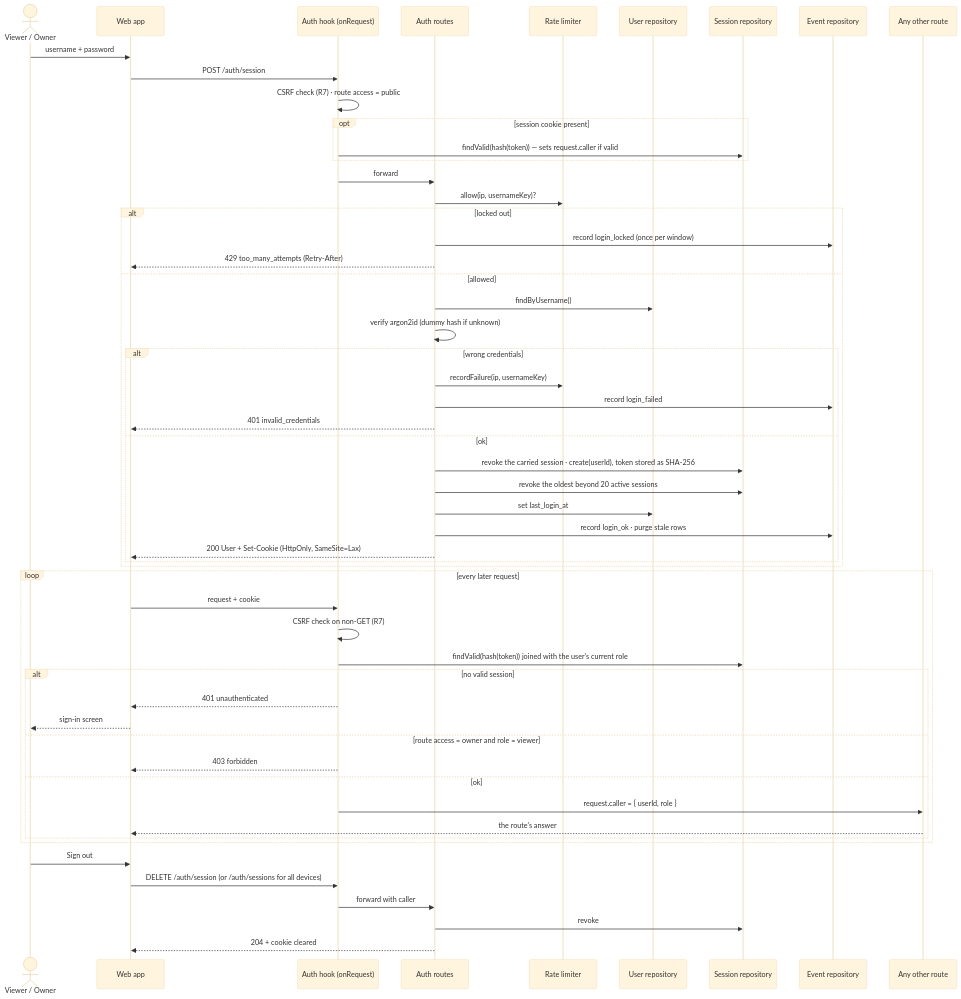
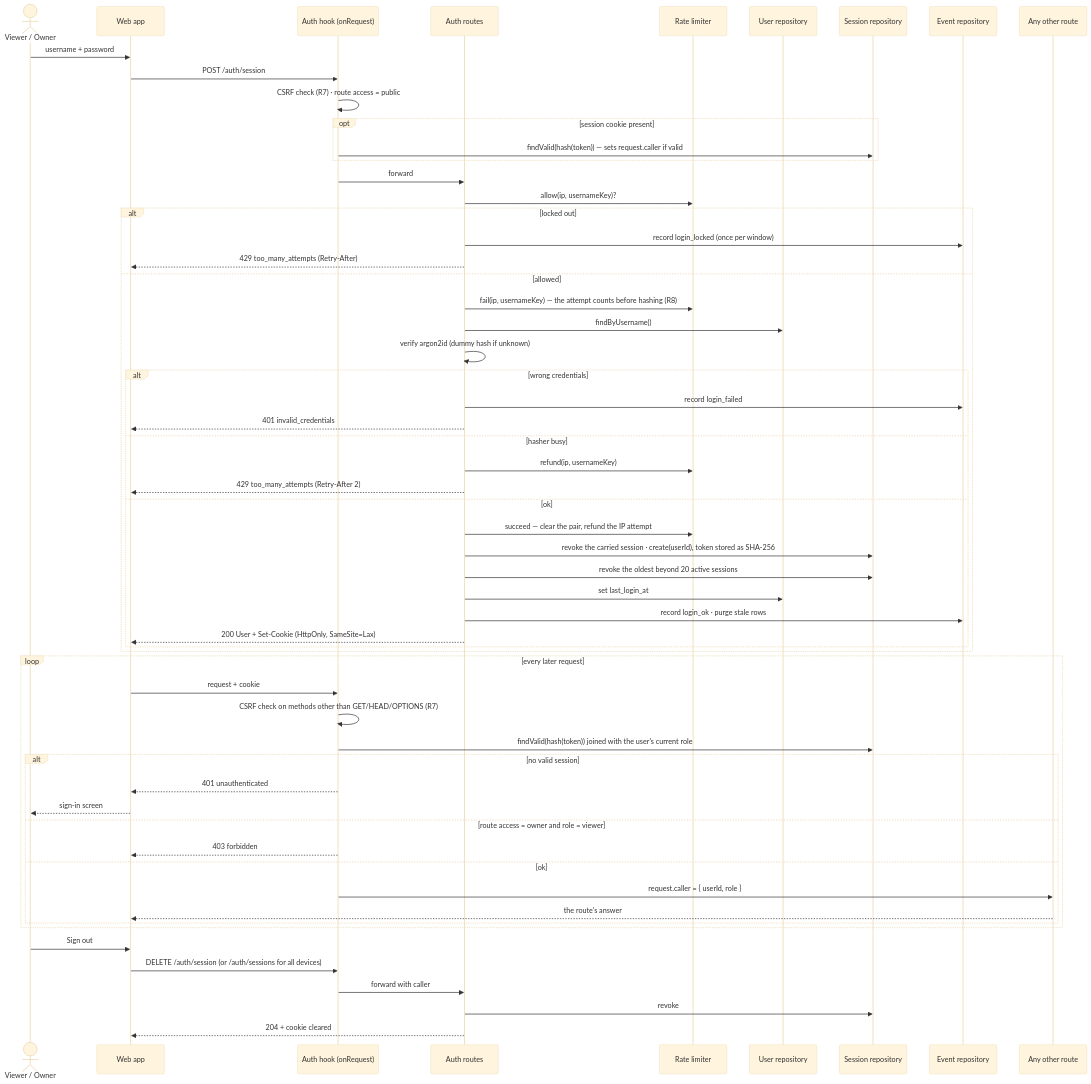
One commit to benoit-bremaud/popcorntv changed the diagram in docs/architecture/diagrams/auth/02-sequence-sign-in.md. Above: the diagram before and after it, drawn with Mermaid (base theme). The commit also changed 4 other files, not shown here.

First line of the commit message:
fix(auth): refund attempts the busy hasher never judged

````diff
--- a/docs/architecture/diagrams/auth/02-sequence-sign-in.md
+++ b/docs/architecture/diagrams/auth/02-sequence-sign-in.md
@@ -14,60 +14,64 @@
 ```mermaid
 sequenceDiagram
   actor U as Viewer / Owner
   participant W as Web app
   participant H as Auth hook (onRequest)
   participant API as Auth routes
   participant RL as Rate limiter
   participant UR as User repository
   participant SR as Session repository
   participant EL as Event repository
   participant R as Any other route
 
   U->>W: username + password
   W->>H: POST /auth/session
   H->>H: CSRF check (R7) · route access = public
   opt session cookie present
     H->>SR: findValid(hash(token)) — sets request.caller if valid
   end
   H->>API: forward
   API->>RL: allow(ip, usernameKey)?
   alt locked out
     API->>EL: record login_locked (once per window)
     API-->>W: 429 too_many_attempts (Retry-After)
   else allowed
+    API->>RL: fail(ip, usernameKey) — the attempt counts before hashing (R8)
     API->>UR: findByUsername()
     API->>API: verify argon2id (dummy hash if unknown)
     alt wrong credentials
-      API->>RL: recordFailure(ip, usernameKey)
       API->>EL: record login_failed
       API-->>W: 401 invalid_credentials
+    else hasher busy
+      API->>RL: refund(ip, usernameKey)
+      API-->>W: 429 too_many_attempts (Retry-After 2)
     else ok
+      API->>RL: succeed — clear the pair, refund the IP attempt
       API->>SR: revoke the carried session · create(userId), token stored as SHA-256
       API->>SR: revoke the oldest beyond 20 active sessions
       API->>UR: set last_login_at
       API->>EL: record login_ok · purge stale rows
       API-->>W: 200 User + Set-Cookie (HttpOnly, SameSite=Lax)
     end
   end
 
   loop every later request
     W->>H: request + cookie
-    H->>H: CSRF check on non-GET (R7)
+    H->>H: CSRF check on methods other than GET/HEAD/OPTIONS (R7)
     H->>SR: findValid(hash(token)) joined with the user's current role
     alt no valid session
       H-->>W: 401 unauthenticated
       W-->>U: sign-in screen
     else route access = owner and role = viewer
       H-->>W: 403 forbidden
     else ok
       H->>R: request.caller = { userId, role }
       R-->>W: the route's answer
     end
   end
 
   U->>W: Sign out
   W->>H: DELETE /auth/session (or /auth/sessions for all devices)
   H->>API: forward with caller
   API->>SR: revoke
   API-->>W: 204 + cookie cleared
 ```
````
